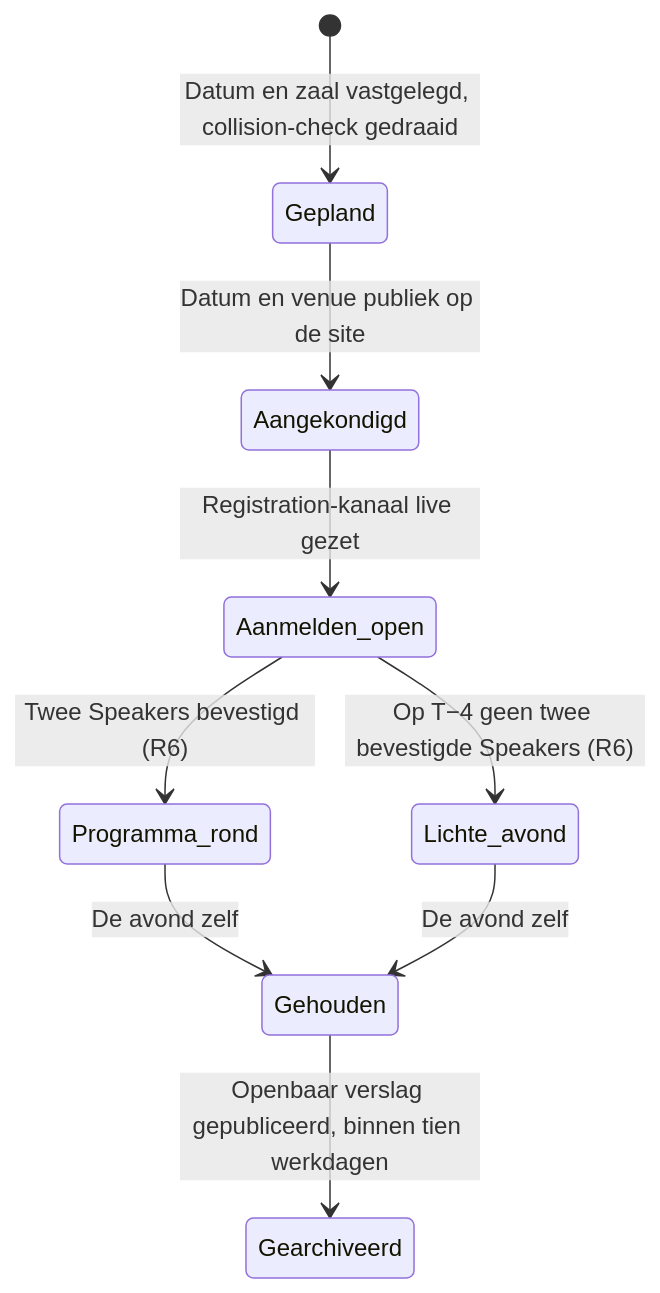
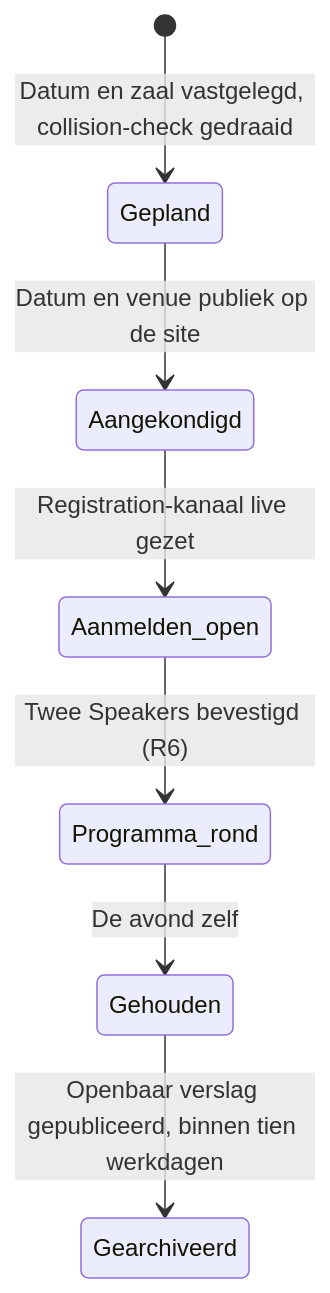
The diagram in docs/domain/entities.md (webgrip/twente.dev), drawn with Mermaid before and after one commit. The commit also changed 5 other files, not shown here.

````diff
--- a/docs/domain/entities.md
+++ b/docs/domain/entities.md
@@ -24,11 +24,9 @@
 ```mermaid
 stateDiagram-v2
     [*] --> Gepland : Datum en zaal vastgelegd, collision-check gedraaid
     Gepland --> Aangekondigd : Datum en venue publiek op de site
     Aangekondigd --> Aanmelden_open : Registration-kanaal live gezet
     Aanmelden_open --> Programma_rond : Twee Speakers bevestigd (R6)
-    Aanmelden_open --> Lichte_avond : Op T−4 geen twee bevestigde Speakers (R6)
     Programma_rond --> Gehouden : De avond zelf
-    Lichte_avond --> Gehouden : De avond zelf
     Gehouden --> Gearchiveerd : Openbaar verslag gepubliceerd, binnen tien werkdagen
 ```
````
